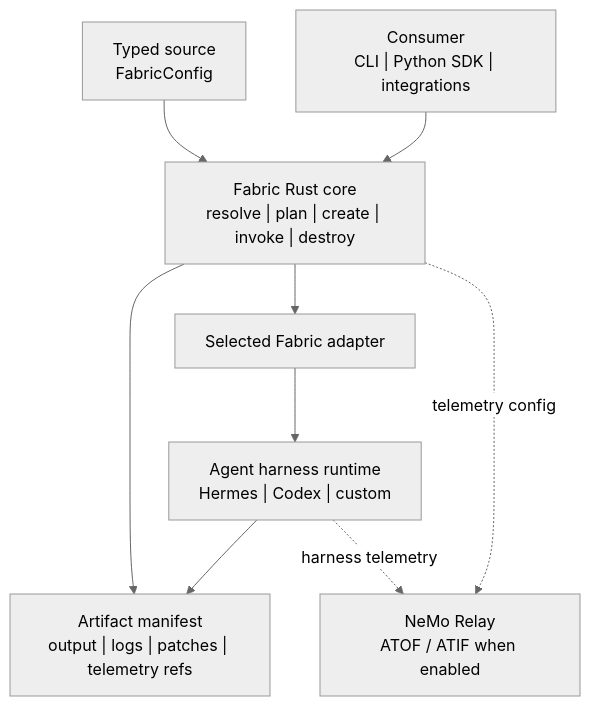
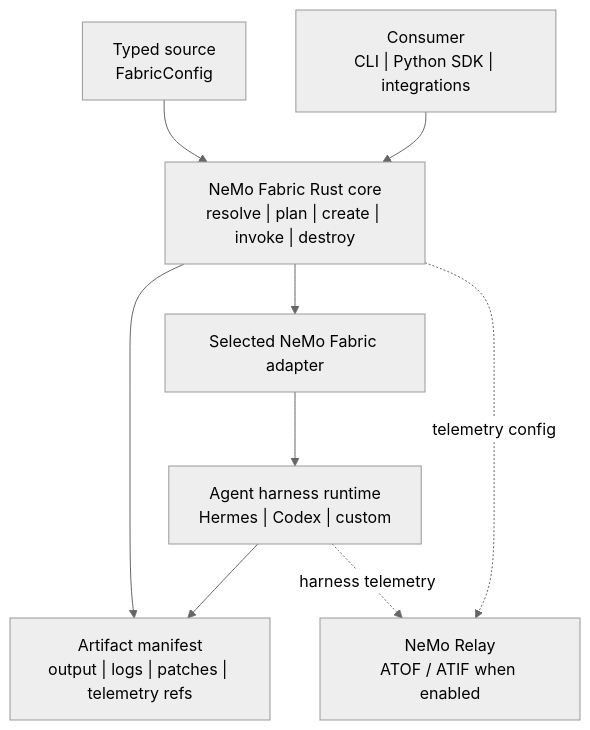
Before and after one commit to NVIDIA/NeMo-Fabric: the diagram in README.md, drawn with Mermaid (neutral theme). The commit also changed other lines of this file and 37 other files, not shown here.

````diff
--- a/README.md
+++ b/README.md
@@ -29,19 +29,19 @@
 ```mermaid
 flowchart TB
   Consumer["Consumer\nCLI | Python SDK | integrations"]
   Config["Typed source\nFabricConfig"]
-  Core["Fabric Rust core\nresolve | plan | create | invoke | destroy"]
-  Adapter["Selected Fabric adapter"]
+  Core["NeMo Fabric Rust core\nresolve | plan | create | invoke | destroy"]
+  Adapter["Selected NeMo Fabric adapter"]
   Harness["Agent harness runtime\nHermes | Codex | custom"]
   Artifacts["Artifact manifest\noutput | logs | patches | telemetry refs"]
   Relay["NeMo Relay\nATOF / ATIF when enabled"]
 
   Consumer --> Core
   Config --> Core
   Core --> Adapter
   Adapter --> Harness
   Harness --> Artifacts
   Core --> Artifacts
   Core -. telemetry config .-> Relay
   Harness -. harness telemetry .-> Relay
 ```
````
